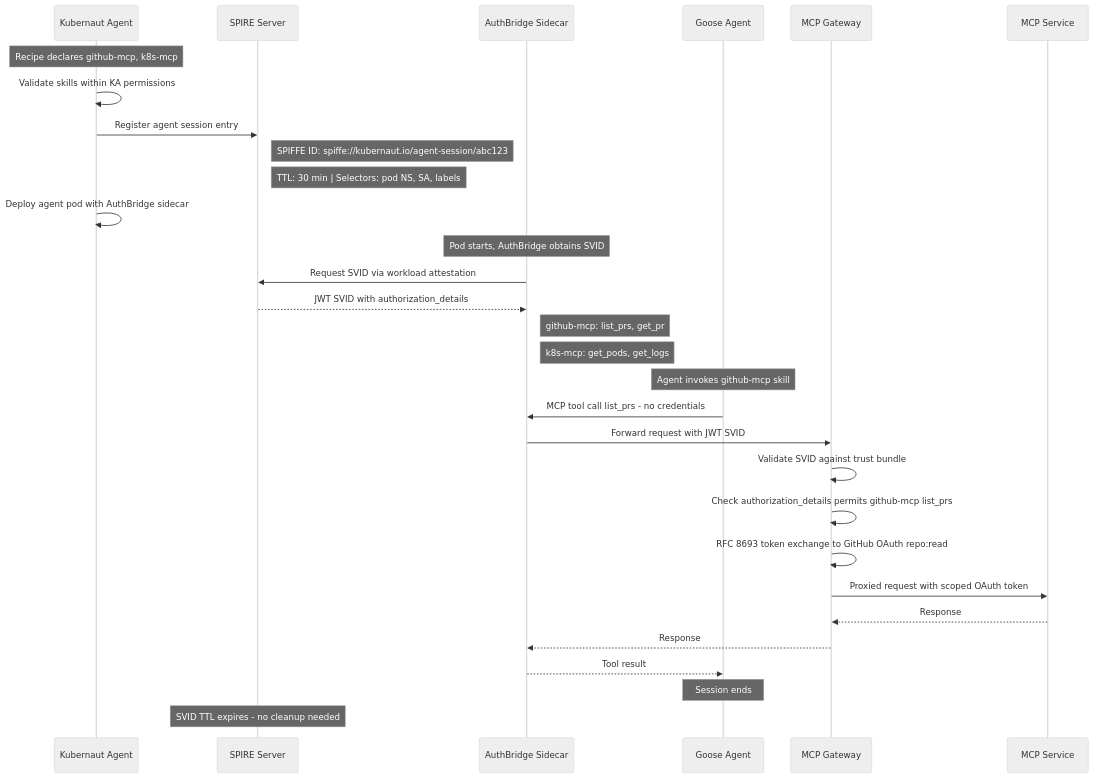
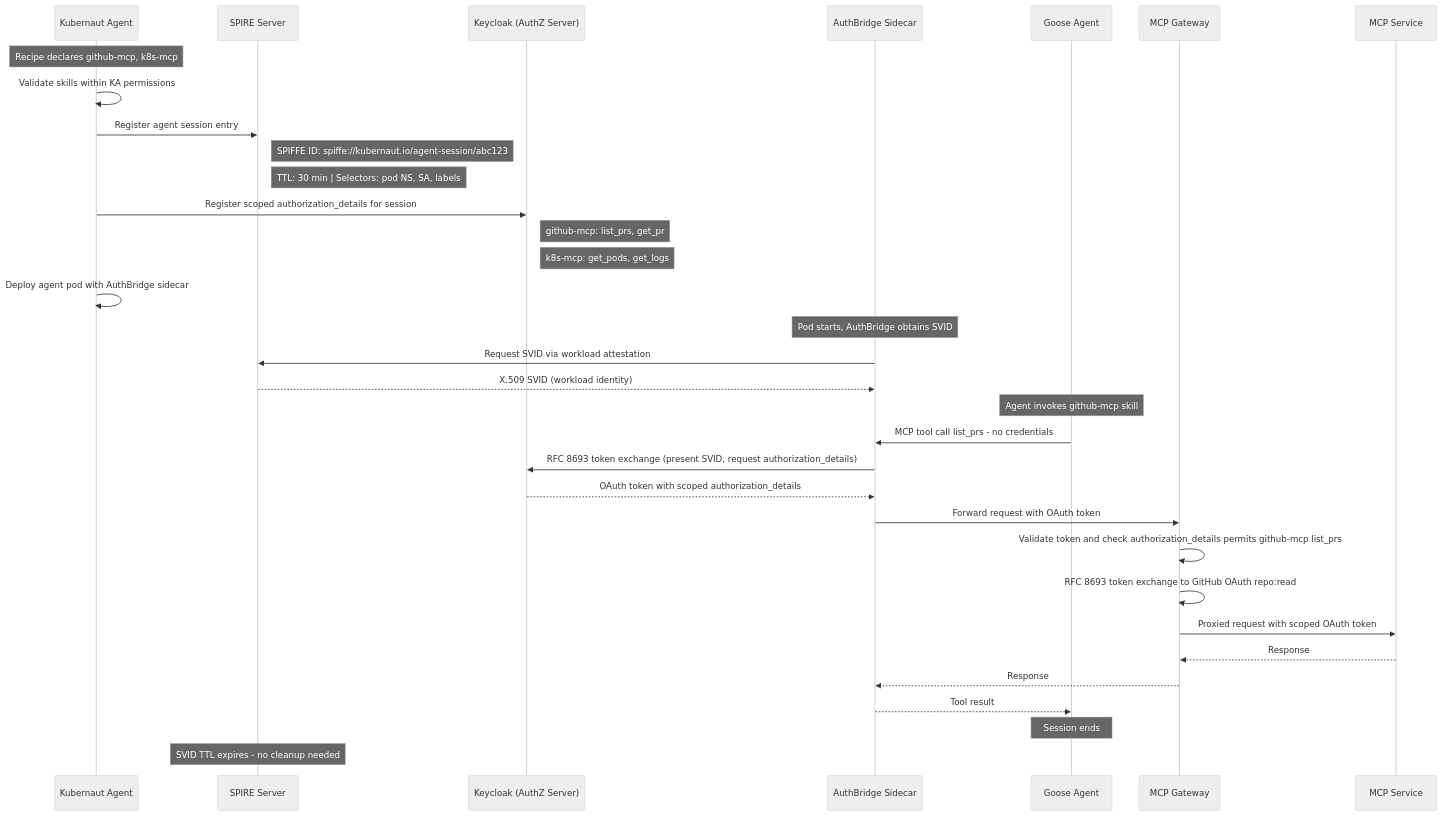
One commit to jordigilh/kubernaut changed the second of 3 diagrams in docs/architecture/proposals/PROPOSAL-EXT-003-goose-runtime-evaluation.md. Above: the diagram before and after it, drawn with Mermaid (neutral theme). The commit also changed other lines of this file, not shown here.

Commit message:
Address review findings for Appendix B delegated authorization model
- Finding 1: Clarify SPIRE vs Keycloak roles in identity lifecycle diagram.
  SPIRE provides workload identity (SVID), Keycloak issues OAuth tokens with
  authorization_details. Adds Keycloak participant and explicit handoff steps.
- Finding 2: Add two risk register entries for SPIRE dynamic registration
  throughput and MCP Gateway RFC 9396 support gaps.
- Finding 3: Remove extra blank line between Appendix A and Appendix B.

Made-with: Cursor

````diff
--- a/docs/architecture/proposals/PROPOSAL-EXT-003-goose-runtime-evaluation.md
+++ b/docs/architecture/proposals/PROPOSAL-EXT-003-goose-runtime-evaluation.md
@@ -749,37 +752,40 @@
 ```mermaid
 sequenceDiagram
     participant KA as Kubernaut Agent
     participant SPIRE as SPIRE Server
+    participant KC as Keycloak (AuthZ Server)
     participant AB as AuthBridge Sidecar
     participant Agent as Goose Agent
     participant GW as MCP Gateway
     participant MCP as MCP Service
 
     Note over KA: Recipe declares github-mcp, k8s-mcp
     KA->>KA: Validate skills within KA permissions
     KA->>SPIRE: Register agent session entry
     Note right of SPIRE: SPIFFE ID: spiffe://kubernaut.io/agent-session/abc123
     Note right of SPIRE: TTL: 30 min | Selectors: pod NS, SA, labels
+    KA->>KC: Register scoped authorization_details for session
+    Note right of KC: github-mcp: list_prs, get_pr
+    Note right of KC: k8s-mcp: get_pods, get_logs
 
     KA->>KA: Deploy agent pod with AuthBridge sidecar
 
     Note over AB: Pod starts, AuthBridge obtains SVID
     AB->>SPIRE: Request SVID via workload attestation
-    SPIRE-->>AB: JWT SVID with authorization_details
-    Note right of AB: github-mcp: list_prs, get_pr
-    Note right of AB: k8s-mcp: get_pods, get_logs
+    SPIRE-->>AB: X.509 SVID (workload identity)
 
     Note over Agent: Agent invokes github-mcp skill
     Agent->>AB: MCP tool call list_prs - no credentials
-    AB->>GW: Forward request with JWT SVID
-    GW->>GW: Validate SVID against trust bundle
-    GW->>GW: Check authorization_details permits github-mcp list_prs
+    AB->>KC: RFC 8693 token exchange (present SVID, request authorization_details)
+    KC-->>AB: OAuth token with scoped authorization_details
+    AB->>GW: Forward request with OAuth token
+    GW->>GW: Validate token and check authorization_details permits github-mcp list_prs
     GW->>GW: RFC 8693 token exchange to GitHub OAuth repo:read
     GW->>MCP: Proxied request with scoped OAuth token
     MCP-->>GW: Response
     GW-->>AB: Response
     AB-->>Agent: Tool result
 
     Note over Agent: Session ends
     Note over SPIRE: SVID TTL expires - no cleanup needed
 ```
````
